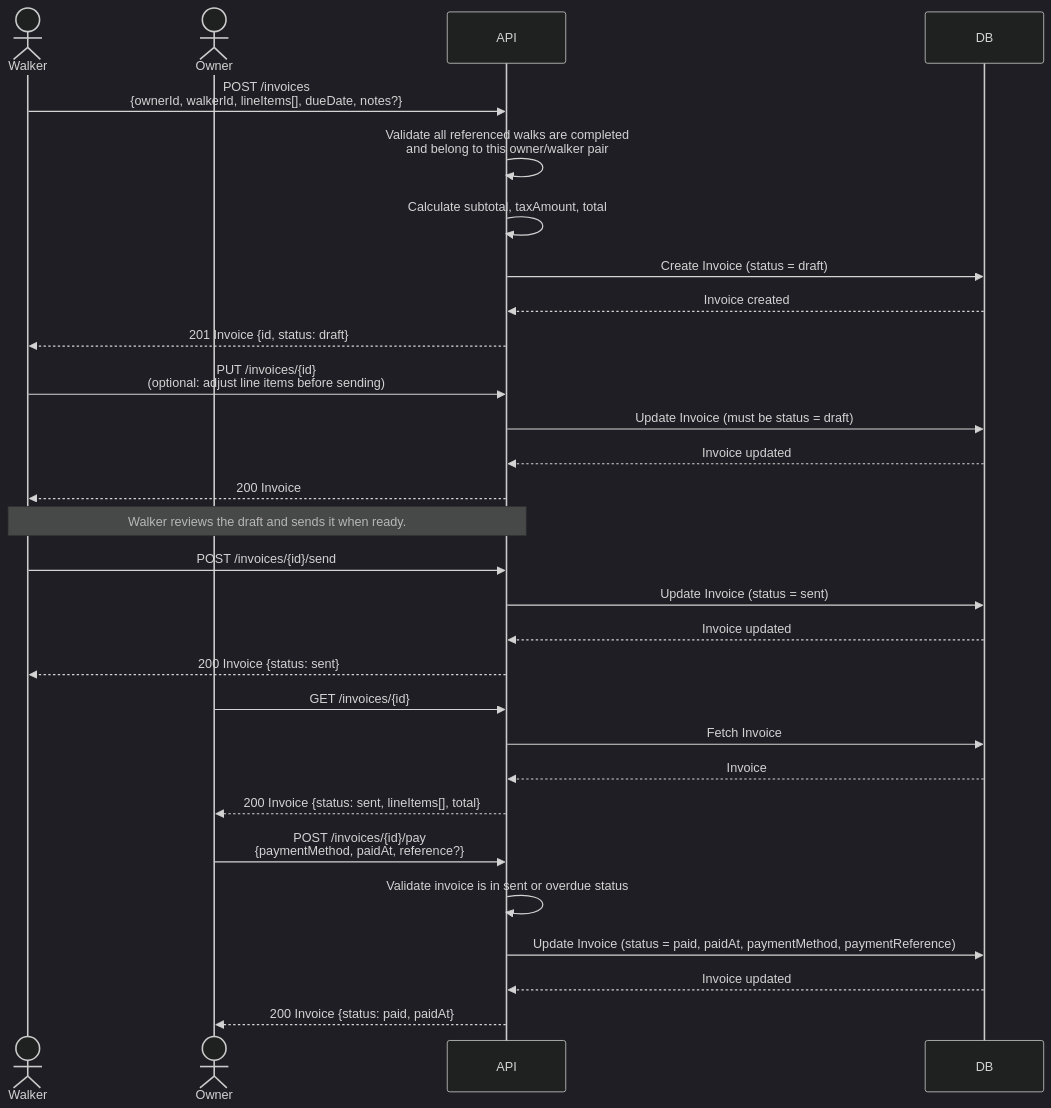
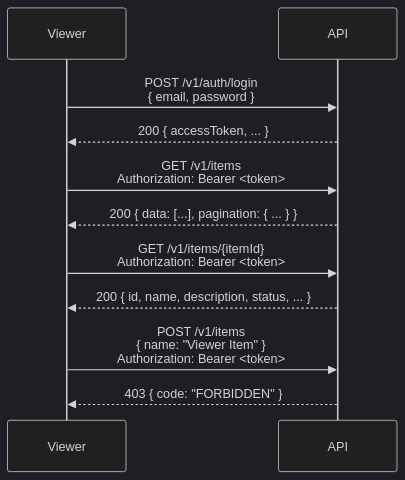
One commit to dataGriff/domain-api-template changed the third of 4 diagrams in docs/specifications/sequence-diagrams.md. Above: the diagram before and after it, drawn with Mermaid (dark theme). The commit also changed other lines of this file and 34 other files, not shown here.

````diff
--- a/docs/specifications/sequence-diagrams.md
+++ b/docs/specifications/sequence-diagrams.md
@@ -226,36 +48,17 @@
 ```mermaid
 sequenceDiagram
-    actor Walker
-    actor Owner
+    participant Viewer
     participant API
-    participant DB
 
-    Walker->>API: POST /invoices<br/>{ownerId, walkerId, lineItems[], dueDate, notes?}
-    API->>API: Validate all referenced walks are completed<br/>and belong to this owner/walker pair
-    API->>API: Calculate subtotal, taxAmount, total
-    API->>DB: Create Invoice (status = draft)
-    DB-->>API: Invoice created
-    API-->>Walker: 201 Invoice {id, status: draft}
+    Viewer->>API: POST /v1/auth/login<br/>{ email, password }
+    API-->>Viewer: 200 { accessToken, ... }
 
-    Walker->>API: PUT /invoices/{id}<br/>(optional: adjust line items before sending)
-    API->>DB: Update Invoice (must be status = draft)
-    DB-->>API: Invoice updated
-    API-->>Walker: 200 Invoice
+    Viewer->>API: GET /v1/items<br/>Authorization: Bearer <token>
+    API-->>Viewer: 200 { data: [...], pagination: { ... } }
 
-    note over Walker,API: Walker reviews the draft and sends it when ready.
-    Walker->>API: POST /invoices/{id}/send
-    API->>DB: Update Invoice (status = sent)
-    DB-->>API: Invoice updated
-    API-->>Walker: 200 Invoice {status: sent}
+    Viewer->>API: GET /v1/items/{itemId}<br/>Authorization: Bearer <token>
+    API-->>Viewer: 200 { id, name, description, status, ... }
 
-    Owner->>API: GET /invoices/{id}
-    API->>DB: Fetch Invoice
-    DB-->>API: Invoice
-    API-->>Owner: 200 Invoice {status: sent, lineItems[], total}
-
-    Owner->>API: POST /invoices/{id}/pay<br/>{paymentMethod, paidAt, reference?}
-    API->>API: Validate invoice is in sent or overdue status
-    API->>DB: Update Invoice (status = paid, paidAt, paymentMethod, paymentReference)
-    DB-->>API: Invoice updated
-    API-->>Owner: 200 Invoice {status: paid, paidAt}
+    Viewer->>API: POST /v1/items<br/>{ name: "Viewer Item" }<br/>Authorization: Bearer <token>
+    API-->>Viewer: 403 { code: "FORBIDDEN" }
 ```
````
